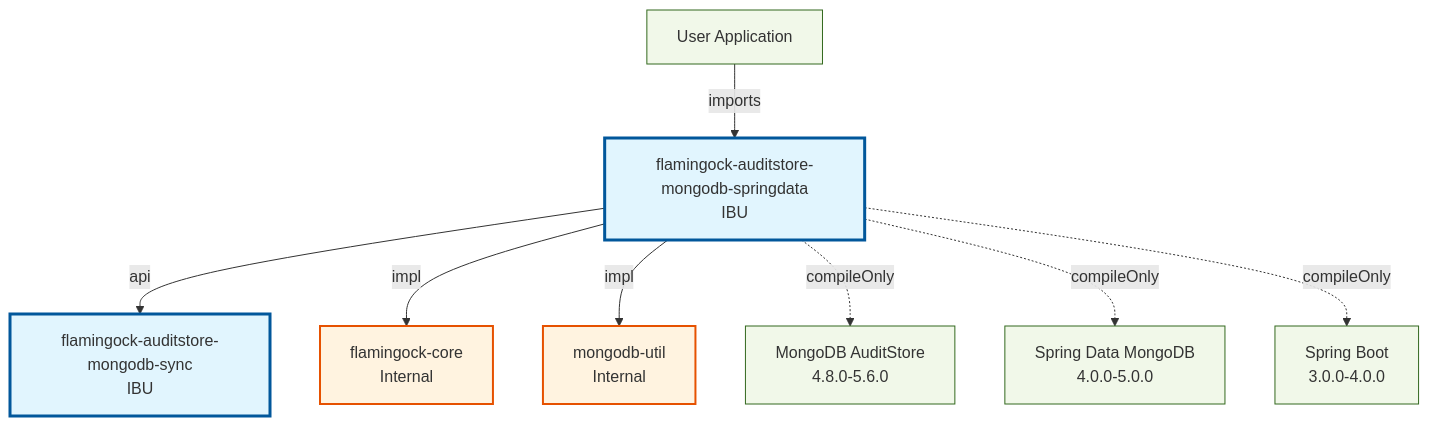
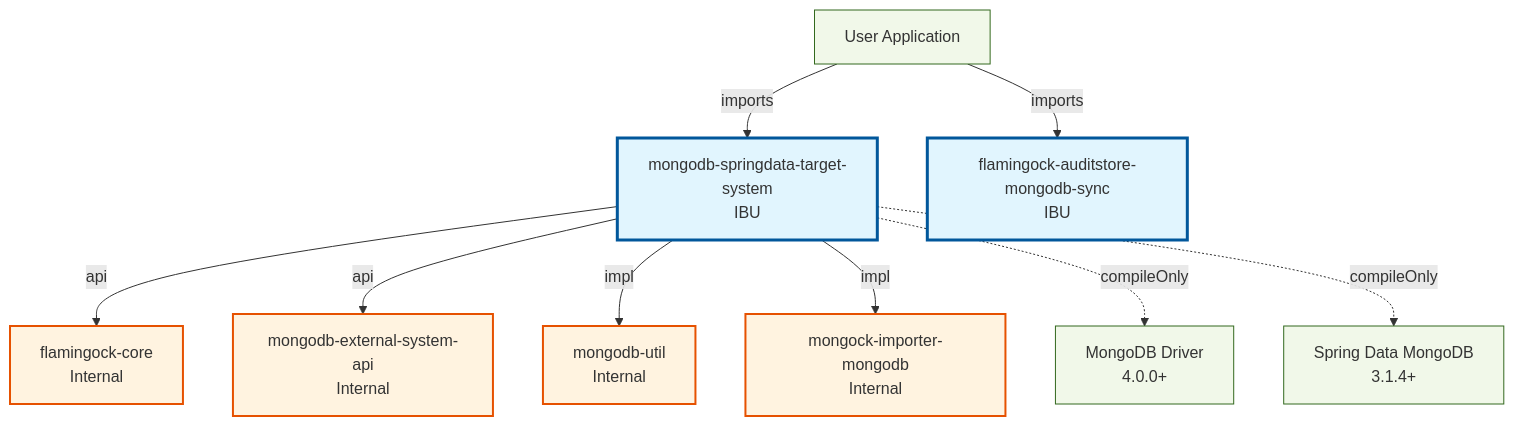
Before and after one commit to flamingock/flamingock-java: the fourth of 7 diagrams in docs/ARCHITECTURE_OVERVIEW.md, drawn with Mermaid. The commit also changed other lines of this file, not shown here.

Commit message:
chore: update architecture document

````diff
--- a/docs/ARCHITECTURE_OVERVIEW.md
+++ b/docs/ARCHITECTURE_OVERVIEW.md
@@ -323,25 +522,27 @@
 ```mermaid
 graph TB
     classDef ibu fill:#e1f5fe,stroke:#01579b,stroke-width:3px
     classDef ubu fill:#f3e5f5,stroke:#4a148c,stroke-width:3px
     classDef internal fill:#fff3e0,stroke:#e65100,stroke-width:2px
     classDef external fill:#f1f8e9,stroke:#33691e,stroke-width:1px
 
     User[User Application]:::external
-    User -->|imports| flamingock-auditstore-mongodb-springdata
-    
-    flamingock-auditstore-mongodb-springdata[flamingock-auditstore-mongodb-springdata<br/>IBU]:::ibu
+    User -->|imports| mongodb-springdata-target-system
+    User -->|imports| flamingock-auditstore-mongodb-sync
+
+    mongodb-springdata-target-system[mongodb-springdata-target-system<br/>IBU]:::ibu
     flamingock-auditstore-mongodb-sync[flamingock-auditstore-mongodb-sync<br/>IBU]:::ibu
+    mongodb-external-system-api[mongodb-external-system-api<br/>Internal]:::internal
     flamingock-core[flamingock-core<br/>Internal]:::internal
     mongodb-util[mongodb-util<br/>Internal]:::internal
-    MongoAuditStore[MongoDB AuditStore<br/>4.8.0-5.6.0]:::external
-    SpringData[Spring Data MongoDB<br/>4.0.0-5.0.0]:::external
-    SpringBoot[Spring Boot<br/>3.0.0-4.0.0]:::external
-    
-    flamingock-auditstore-mongodb-springdata -->|api| flamingock-auditstore-mongodb-sync
-    flamingock-auditstore-mongodb-springdata -->|impl| flamingock-core
-    flamingock-auditstore-mongodb-springdata -->|impl| mongodb-util
-    flamingock-auditstore-mongodb-springdata -.->|compileOnly| MongoAuditStore
-    flamingock-auditstore-mongodb-springdata -.->|compileOnly| SpringData
-    flamingock-auditstore-mongodb-springdata -.->|compileOnly| SpringBoot
+    mongock-importer-mongodb[mongock-importer-mongodb<br/>Internal]:::internal
+    MongoDriver[MongoDB Driver<br/>4.0.0+]:::external
+    SpringData[Spring Data MongoDB<br/>3.1.4+]:::external
+
+    mongodb-springdata-target-system -->|api| flamingock-core
+    mongodb-springdata-target-system -->|api| mongodb-external-system-api
+    mongodb-springdata-target-system -->|impl| mongodb-util
+    mongodb-springdata-target-system -->|impl| mongock-importer-mongodb
+    mongodb-springdata-target-system -.->|compileOnly| MongoDriver
+    mongodb-springdata-target-system -.->|compileOnly| SpringData
 ```
````
